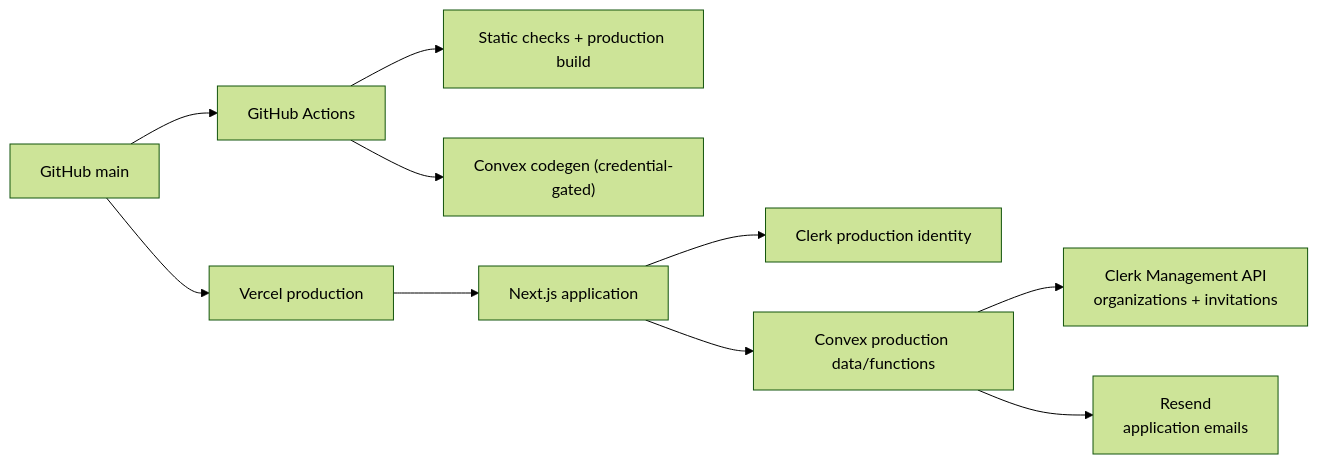
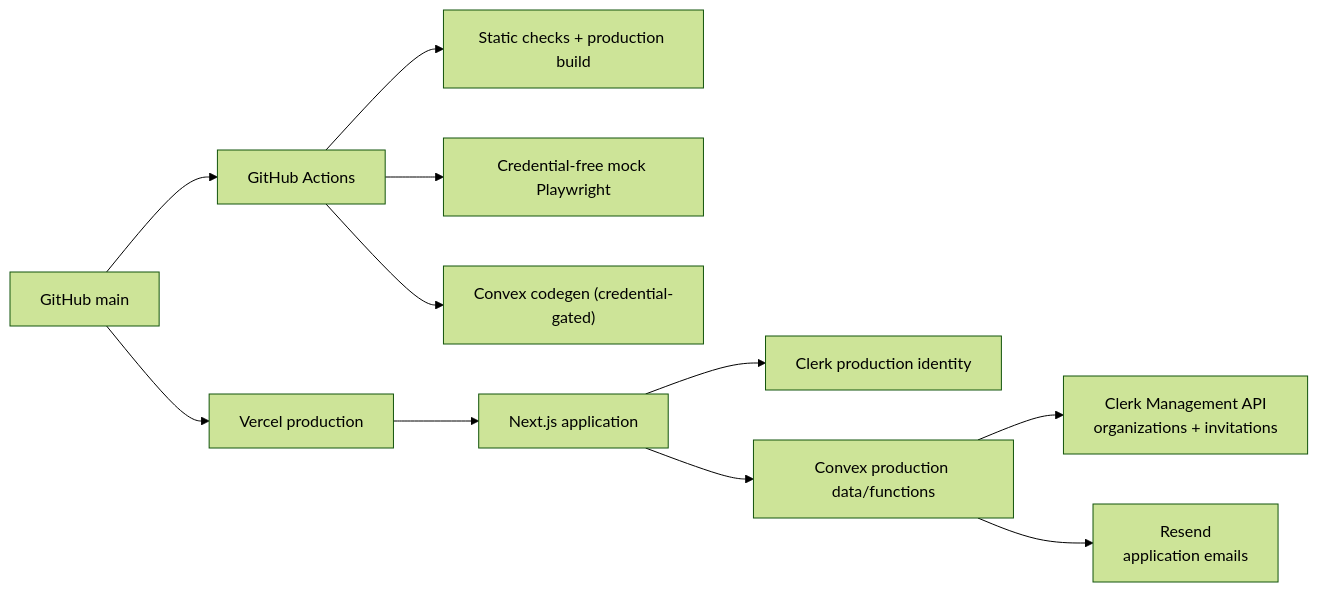
The first of 10 diagrams in docs/12_SYSTEM_MAPS_AND_RELEASE_RUNBOOK.md (hashemnusair/Rivet), drawn with Mermaid (forest theme) before and after one commit. The commit also changed other lines of this file and 7 other files, not shown here.

````diff
--- a/docs/12_SYSTEM_MAPS_AND_RELEASE_RUNBOOK.md
+++ b/docs/12_SYSTEM_MAPS_AND_RELEASE_RUNBOOK.md
@@ -269,12 +298,13 @@
 ```mermaid
 flowchart LR
     GH["GitHub main"] --> CI["GitHub Actions"]
     GH --> V["Vercel production"]
     CI --> STATIC["Static checks + production build"]
+    CI --> BROWSER["Credential-free mock Playwright"]
     CI --> CODEGEN["Convex codegen (credential-gated)"]
     V --> WEB["Next.js application"]
     WEB --> CLERK["Clerk production identity"]
     WEB --> CONVEX["Convex production data/functions"]
     CONVEX --> CLERKAPI["Clerk Management API<br/>organizations + invitations"]
     CONVEX --> RESEND["Resend<br/>application emails"]
 ```
````
